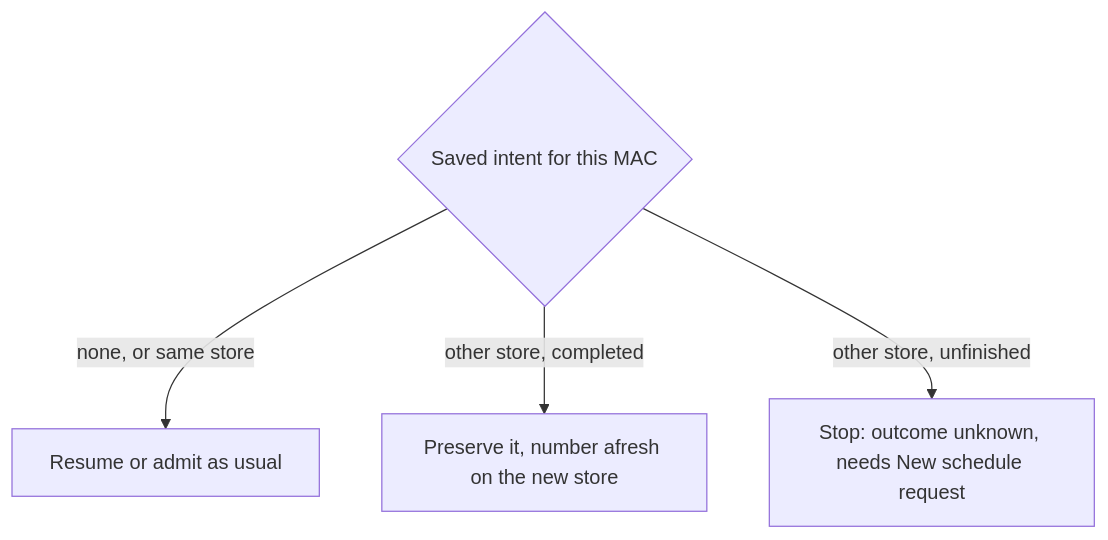
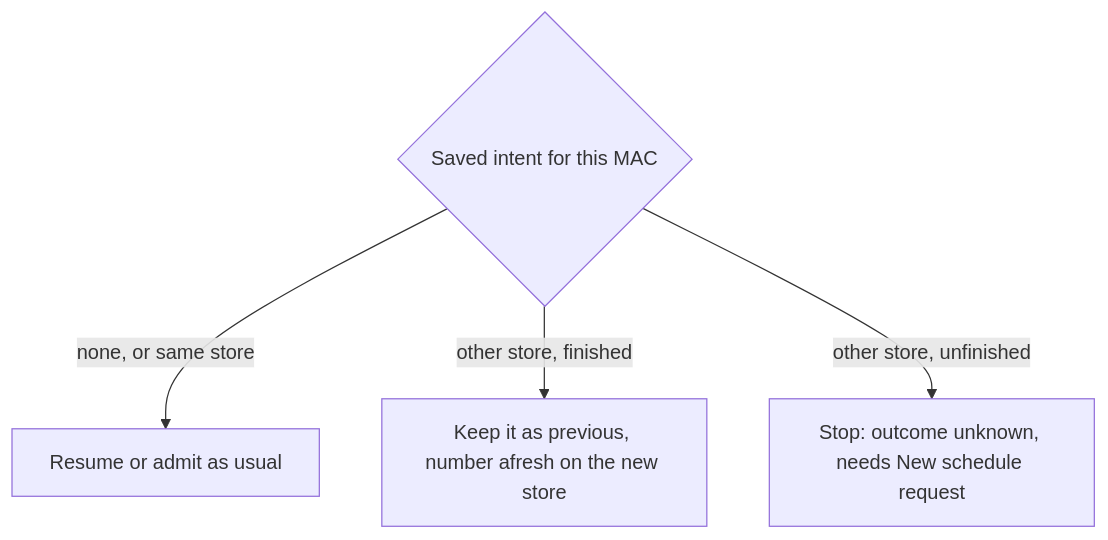
Before and after one commit to Jan-IngenHousz-Institute/ambyte-iot: the first of 2 diagrams in flash_gui/README.md, drawn with Mermaid. The commit also changed other lines of this file and 2 other files, not shown here.

First line of the commit message:
fix(flash-gui): assert the preserved intent and state the store rule once

````diff
--- a/flash_gui/README.md
+++ b/flash_gui/README.md
@@ -164,6 +167,6 @@
 ```mermaid
 flowchart TD
     Saved{Saved intent for this MAC} -->|none, or same store| Normal[Resume or admit as usual]
-    Saved -->|other store, completed| Fresh[Preserve it, number afresh on the new store]
+    Saved -->|other store, finished| Fresh[Keep it as previous, number afresh on the new store]
     Saved -->|other store, unfinished| Stop[Stop: outcome unknown, needs New schedule request]
 ```
````
